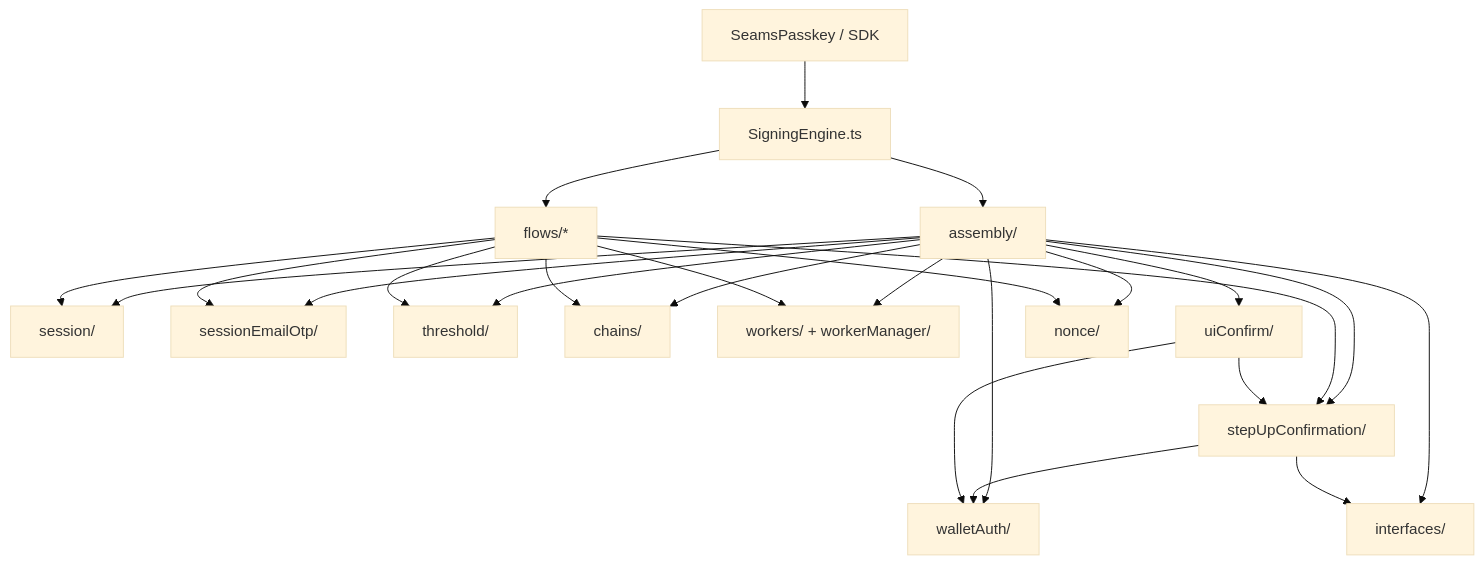
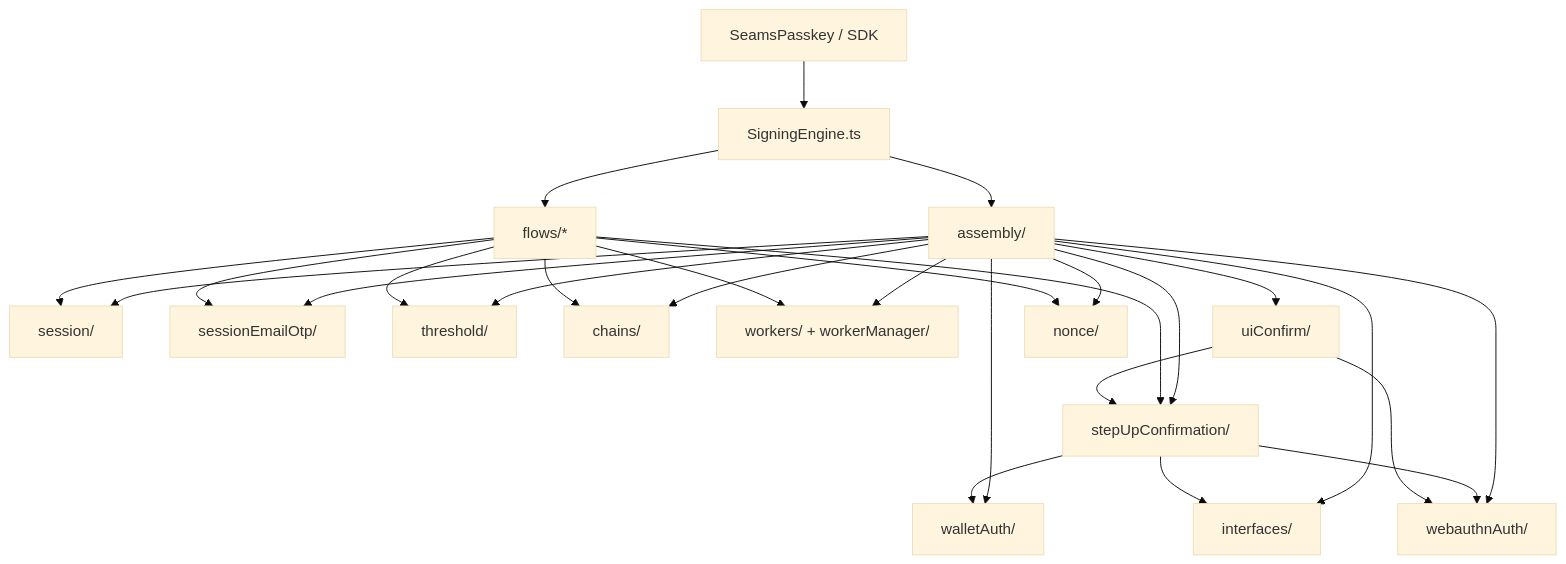
Before and after one commit to seams-tech/seams-sdk: the first of 4 diagrams in client/src/core/signingEngine/README.md, drawn with Mermaid (base theme). The commit also changed other lines of this file and 111 other files, not shown here.

````diff
--- a/client/src/core/signingEngine/README.md
+++ b/client/src/core/signingEngine/README.md
@@ -45,27 +60,29 @@
 ```mermaid
 flowchart TD
   SP["SeamsPasskey / SDK"] --> SE["SigningEngine.ts"]
   SE --> INIT["assembly/"]
   SE --> OPS["flows/*"]
   INIT --> SESSION["session/"]
   INIT --> EMAILOTP["sessionEmailOtp/"]
   INIT --> CONF["stepUpConfirmation/"]
   INIT --> THRESHOLD["threshold/"]
   INIT --> CHAINS["chains/"]
   INIT --> WORKERS["workers/ + workerManager/"]
   INIT --> AUTH["walletAuth/"]
   INIT --> UI["uiConfirm/"]
   INIT --> NONCE["nonce/"]
   INIT --> IFACE["interfaces/"]
+  INIT --> WEBAUTHN["webauthnAuth/"]
   OPS --> SESSION
   OPS --> EMAILOTP
   OPS --> CONF
   OPS --> THRESHOLD
   OPS --> CHAINS
   OPS --> WORKERS
   OPS --> NONCE
   CONF --> AUTH
+  CONF --> WEBAUTHN
   CONF --> IFACE
   UI --> CONF
-  UI --> AUTH
+  UI --> WEBAUTHN
 ```
````
